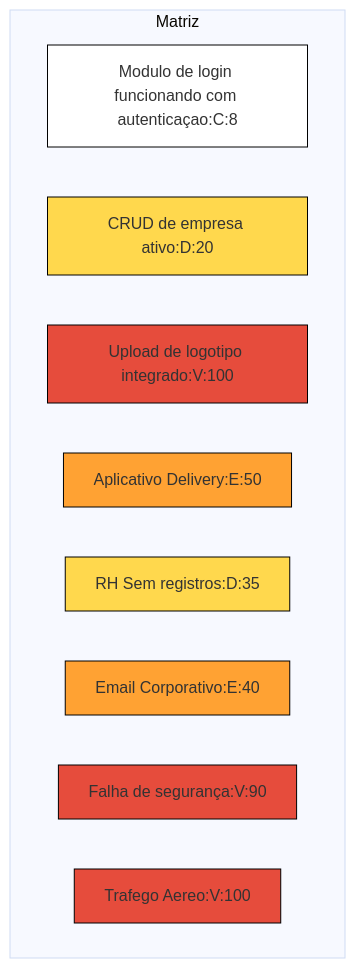
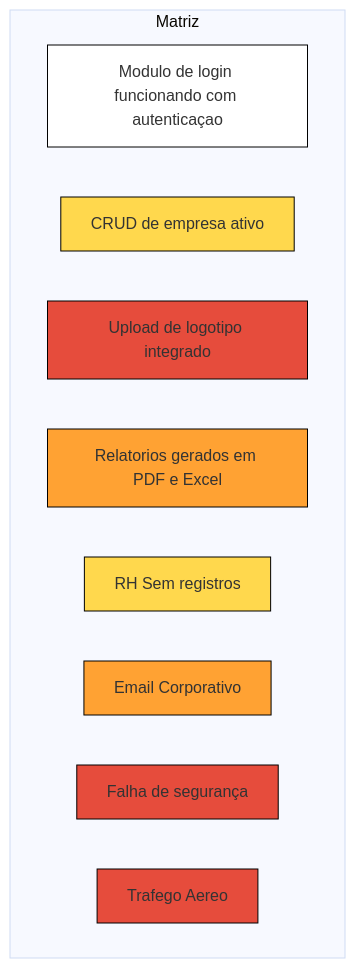
Before and after one commit to BDlucca/Exercicio-GAPS: the fourth of 4 diagrams in README.md, drawn with Mermaid (base theme).

````diff
--- a/README.md
+++ b/README.md
@@ -72,19 +72,19 @@
 ```mermaid
 graph TD
   subgraph Matriz
-    A1["Modulo de login funcionando com autenticaçao:C:8"]:::branco
-    B2["CRUD de empresa ativo:D:20"]:::amarelo
-    C4["Upload de logotipo integrado:V:100"]:::vermelho
-    D3["Aplicativo Delivery:E:50"]:::laranja
-    E2["RH Sem registros:D:35"]:::amarelo
-    F3["Email Corporativo:E:40"]:::laranja
-    G4["Falha de segurança:V:90"]:::vermelho
-    H4["Trafego Aereo:V:100"]:::vermelho
+    A1["Modulo de login funcionando com autenticaçao"]:::branco
+    B2["CRUD de empresa ativo"]:::amarelo
+    C4["Upload de logotipo integrado"]:::vermelho
+    D3["Relatorios gerados em PDF e Excel"]:::laranja
+    E2["RH Sem registros"]:::amarelo
+    F3["Email Corporativo"]:::laranja
+    G4["Falha de segurança"]:::vermelho
+    H4["Trafego Aereo"]:::vermelho
 end
 
 classDef branco fill:#fff,      stroke:#000,  stroke-width:1px;
 classDef amarelo fill:#FFD84D,  stroke:#000,  stroke-width:1px;
 classDef laranja fill:#FFA233,  stroke:#000,  stroke-width:1px;
 classDef vermelho fill:#E64C3C, stroke:#000,  stroke-width:1px;
 
 ```
````
